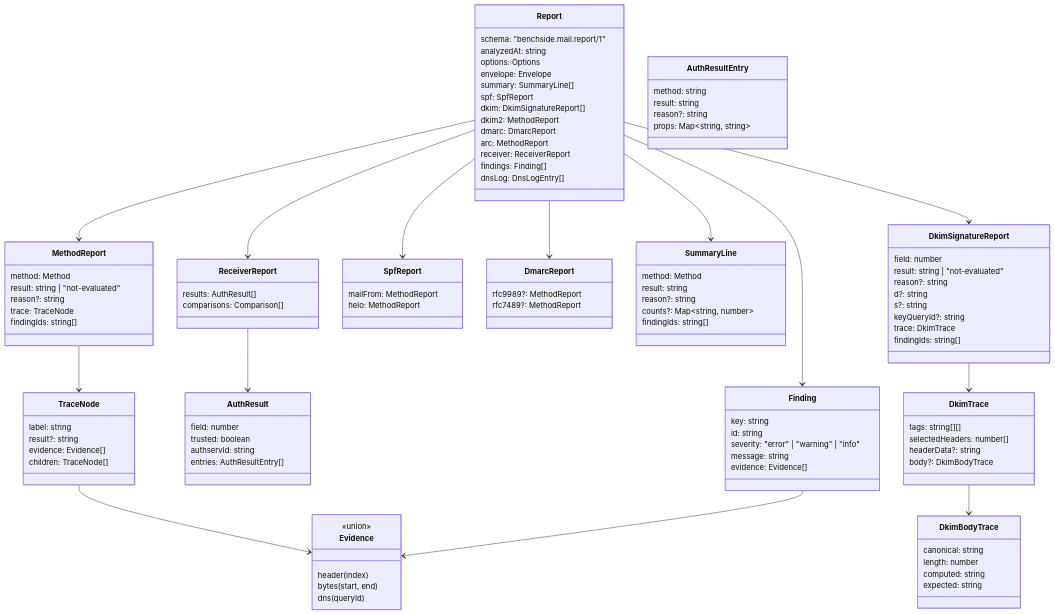
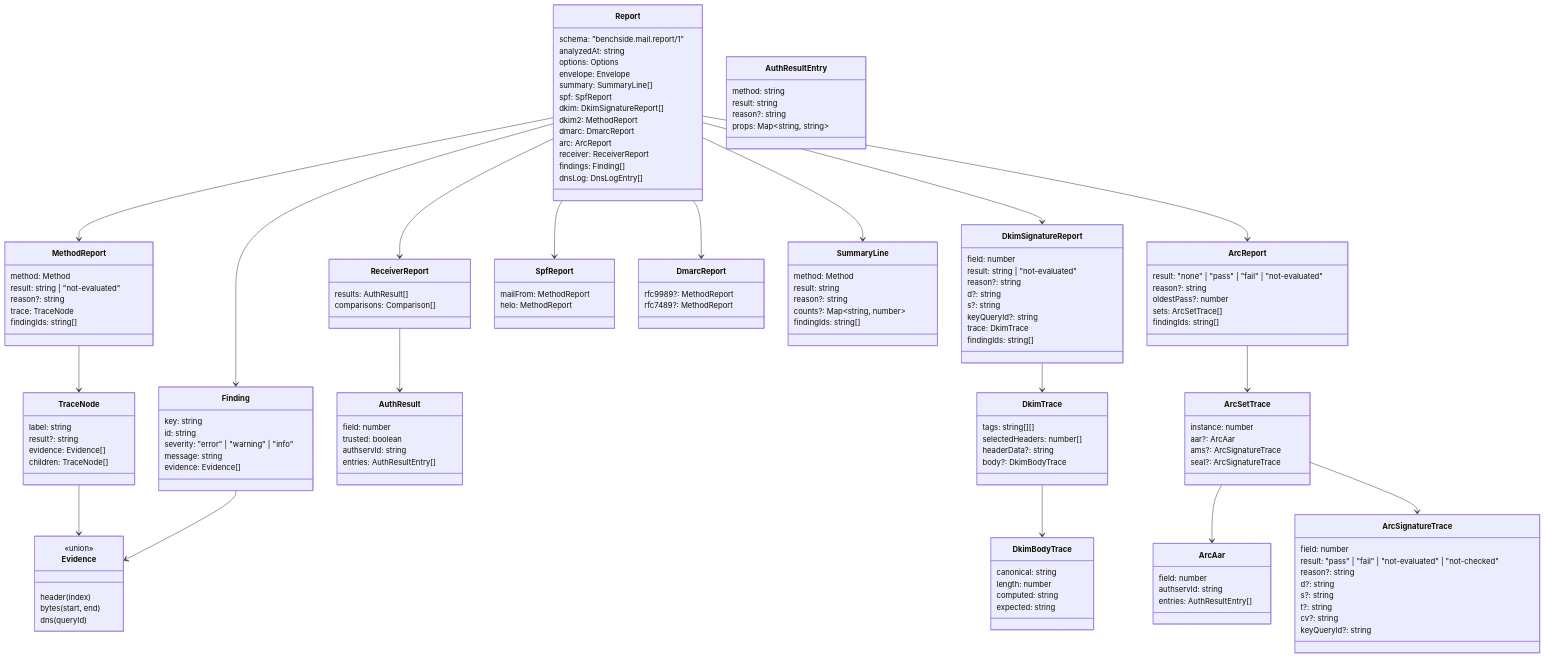
Before and after one commit to photom/benchside: the diagram in docs/reference/mail/report.md, drawn with Mermaid. The commit also changed other lines of this file and 6 other files, not shown here.

```diff
--- a/docs/reference/mail/report.md
+++ b/docs/reference/mail/report.md
@@ -16,7 +16,7 @@
     dkim: DkimSignatureReport[]
     dkim2: MethodReport
     dmarc: DmarcReport
-    arc: MethodReport
+    arc: ArcReport
     receiver: ReceiverReport
     findings: Finding[]
     dnsLog: DnsLogEntry[]
@@ -49,6 +49,34 @@
     length: number
     computed: string
     expected: string
+  }
+  class ArcReport {
+    result: "none" | "pass" | "fail" | "not-evaluated"
+    reason?: string
+    oldestPass?: number
+    sets: ArcSetTrace[]
+    findingIds: string[]
+  }
+  class ArcSetTrace {
+    instance: number
+    aar?: ArcAar
+    ams?: ArcSignatureTrace
+    seal?: ArcSignatureTrace
+  }
+  class ArcAar {
+    field: number
+    authservId: string
+    entries: AuthResultEntry[]
+  }
+  class ArcSignatureTrace {
+    field: number
+    result: "pass" | "fail" | "not-evaluated" | "not-checked"
+    reason?: string
+    d?: string
+    s?: string
+    t?: string
+    cv?: string
+    keyQueryId?: string
   }
   class SpfReport {
     mailFrom: MethodReport
@@ -104,6 +132,10 @@
   Report --> DkimSignatureReport
   DkimSignatureReport --> DkimTrace
   DkimTrace --> DkimBodyTrace
+  Report --> ArcReport
+  ArcReport --> ArcSetTrace
+  ArcSetTrace --> ArcAar
+  ArcSetTrace --> ArcSignatureTrace
   Report --> SpfReport
   Report --> DmarcReport
   Report --> SummaryLine
```
